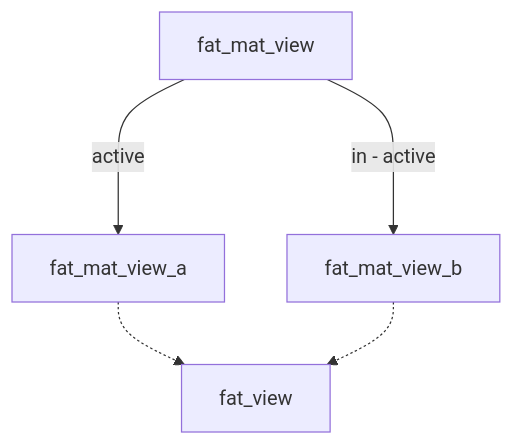
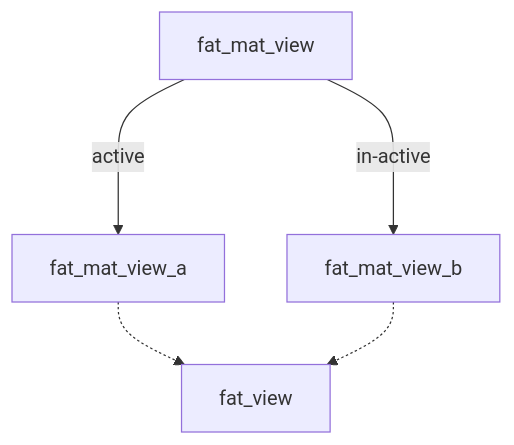
Before and after one commit to jakobadam/aarhusworks: the diagram in _posts/2024-11-06-speeding-up-db-queries-with-postgres-materialized-view.md, drawn with Mermaid. The commit also changed other lines of this file and 8 other files, not shown here.

Commit message:
Auto-add SVGs of mermaid blocks in posts on commit using husky and lint-staged.

````diff
--- a/_posts/2024-11-06-speeding-up-db-queries-with-postgres-materialized-view.md
+++ b/_posts/2024-11-06-speeding-up-db-queries-with-postgres-materialized-view.md
@@ -66,7 +72,7 @@
 ```mermaid
-    graph TD
-    fat_mat_view --->|active| fat_mat_view_a
-    fat_mat_view -->|in - active| fat_mat_view_b
-    fat_mat_view_a -.-> fat_view
-    fat_mat_view_b -.-> fat_view
+graph TD
+fat_mat_view --->|active| fat_mat_view_a
+fat_mat_view -->|in-active| fat_mat_view_b
+fat_mat_view_a -.-> fat_view
+fat_mat_view_b -.-> fat_view
 ```
````
